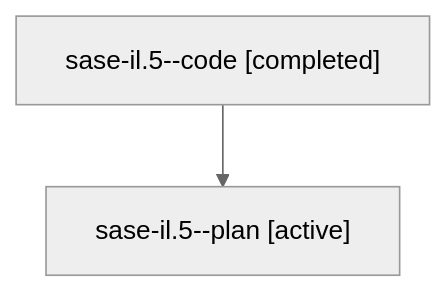
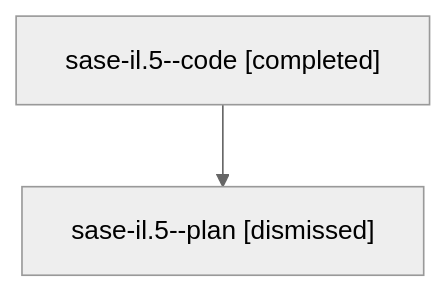
Before and after one commit to sase-org/sase--agents: the diagram in sessions/bbugyi200.athena.sase-il.5.md, drawn with Mermaid (neutral theme). The commit also changed other lines of this file and 73 other files, not shown here.

````diff
--- a/sessions/bbugyi200.athena.sase-il.5.md
+++ b/sessions/bbugyi200.athena.sase-il.5.md
@@ -9,6 +9,6 @@
 ```mermaid
 flowchart TD
   n0["sase-il.5--code [completed]"]
-  n1["sase-il.5--plan [active]"]
+  n1["sase-il.5--plan [dismissed]"]
   n0 --> n1
 ```
````
